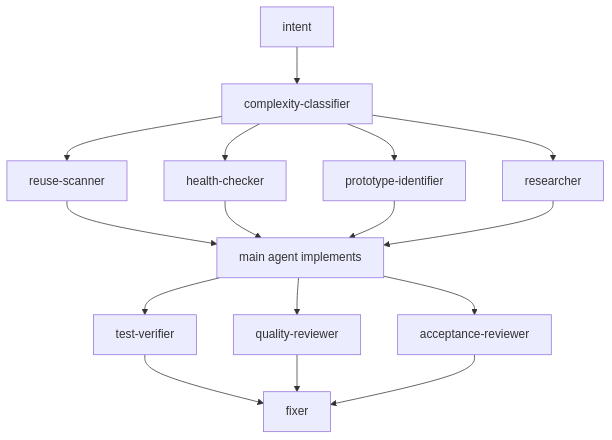
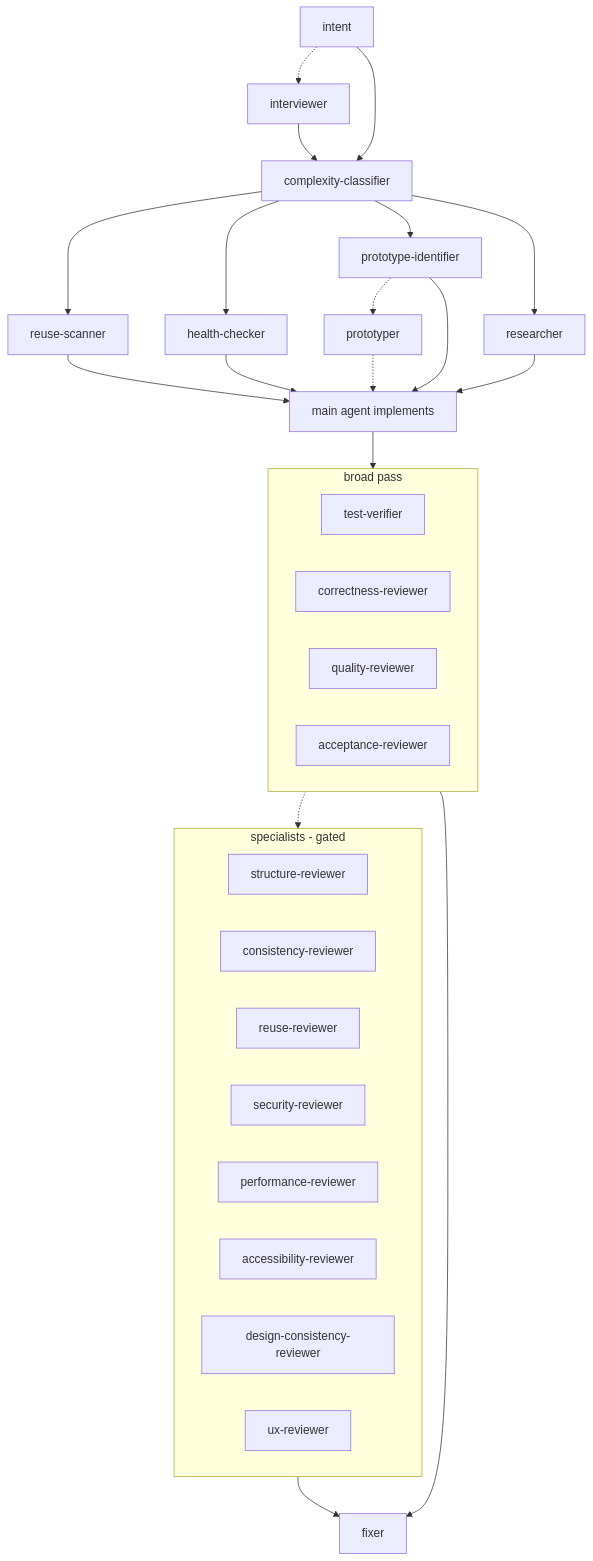
Before and after one commit to alp82/alp-river: the second of 4 diagrams in README.md, drawn with Mermaid. The commit also changed other lines of this file and 13 other files, not shown here.

Commit message:
Update reviewer agents and documentation to incorporate correctness-reviewer and refine quality-reviewer criteria

````diff
--- a/README.md
+++ b/README.md
@@ -65,8 +66,32 @@
 ```mermaid
 flowchart TB
+    intent -.-> intv[interviewer]
     intent --> classify[complexity-classifier]
+    intv --> classify
     classify --> reuse[reuse-scanner] & health[health-checker] & proto[prototype-identifier] & rsrch[researcher]
+    proto -.-> ptype[prototyper]
     reuse & health & proto & rsrch --> impl[main agent implements]
-    impl --> test[test-verifier] & quality[quality-reviewer] & accept[acceptance-reviewer]
-    test & quality & accept --> heal[fixer]
+    ptype -.-> impl
+    impl --> bp
+    subgraph bp[broad pass]
+        direction LR
+        test[test-verifier]
+        correct[correctness-reviewer]
+        qual[quality-reviewer]
+        accept[acceptance-reviewer]
+    end
+    bp -.-> sp
+    subgraph sp[specialists - gated]
+        direction LR
+        sr[structure-reviewer]
+        cr[consistency-reviewer]
+        rr[reuse-reviewer]
+        sec[security-reviewer]
+        perf[performance-reviewer]
+        a11y[accessibility-reviewer]
+        dc[design-consistency-reviewer]
+        ux[ux-reviewer]
+    end
+    bp --> heal[fixer]
+    sp --> heal
 ```
````
